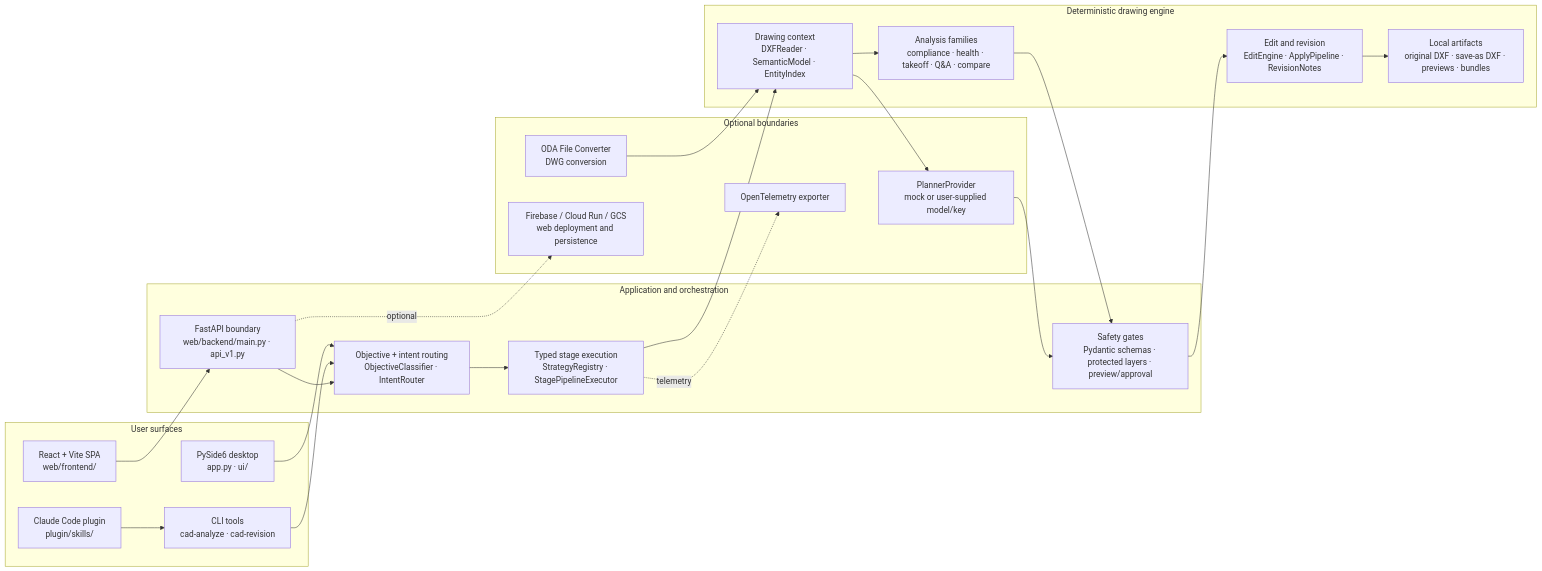
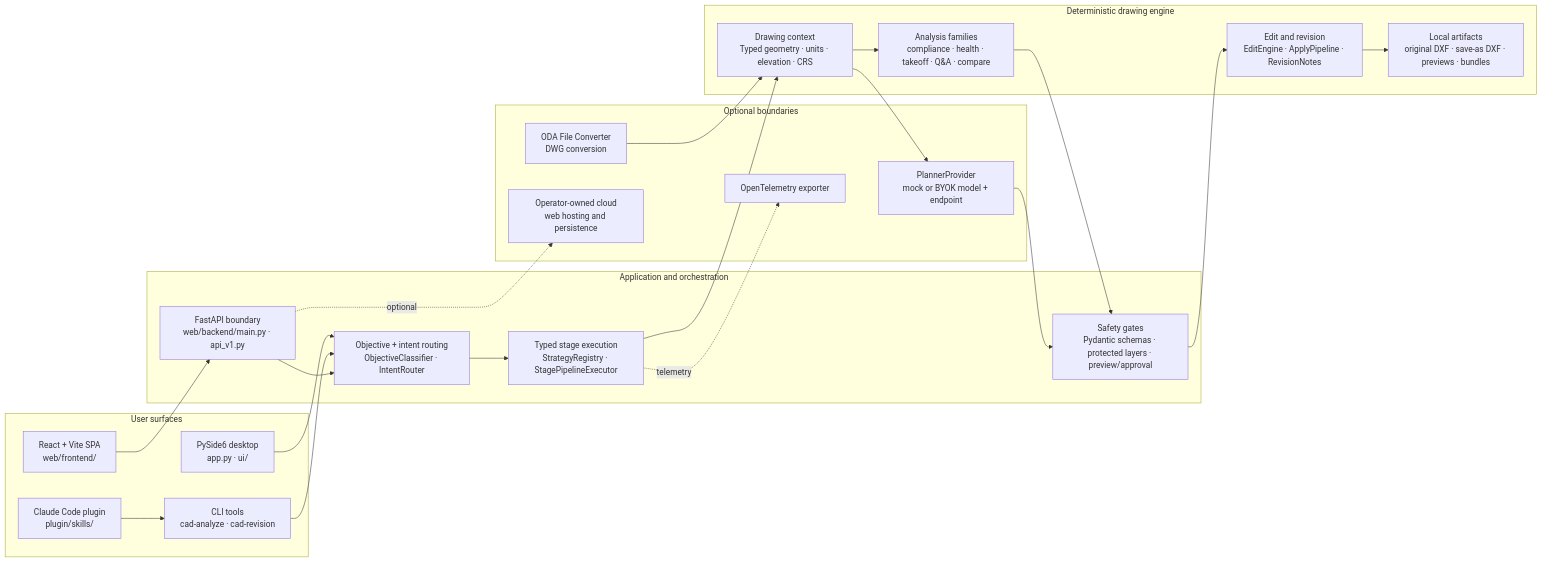
The diagram in 000-docs/079-AT-ARCH-cad-ai-agent-system-architecture.mmd (domenicopietro77-source/cad-ai-agent), drawn with Mermaid before and after one commit. The commit also changed 1 other file, not shown here.

Commit message:
docs: refresh CAD architecture demo (#227)

```diff
--- a/000-docs/079-AT-ARCH-cad-ai-agent-system-architecture.mmd
+++ b/000-docs/079-AT-ARCH-cad-ai-agent-system-architecture.mmd
@@ -1,45 +1,45 @@
 %% Canonical Mermaid source for the public CAD AI Agent architecture page.
 flowchart LR
   subgraph SURFACES["User surfaces"]
     DESKTOP["PySide6 desktop\napp.py · ui/"]
     CLI["CLI tools\ncad-analyze · cad-revision"]
     WEB["React + Vite SPA\nweb/frontend/"]
     PLUGIN["Claude Code plugin\nplugin/skills/"]
   end
 
   subgraph ORCHESTRATION["Application and orchestration"]
     API["FastAPI boundary\nweb/backend/main.py · api_v1.py"]
     ROUTER["Objective + intent routing\nObjectiveClassifier · IntentRouter"]
     PIPELINE["Typed stage execution\nStrategyRegistry · StagePipelineExecutor"]
     GUARDS["Safety gates\nPydantic schemas · protected layers · preview/approval"]
   end
 
   subgraph ENGINE["Deterministic drawing engine"]
-    CONTEXT["Drawing context\nDXFReader · SemanticModel · EntityIndex"]
+    CONTEXT["Drawing context\nTyped geometry · units · elevation · CRS"]
     ANALYSIS["Analysis families\ncompliance · health · takeoff · Q&A · compare"]
     EDIT["Edit and revision\nEditEngine · ApplyPipeline · RevisionNotes"]
     FILES["Local artifacts\noriginal DXF · save-as DXF · previews · bundles"]
   end
 
   subgraph OPTIONAL["Optional boundaries"]
-    LLM["PlannerProvider\nmock or user-supplied model/key"]
+    LLM["PlannerProvider\nmock or BYOK model + endpoint"]
     ODA["ODA File Converter\nDWG conversion"]
-    CLOUD["Firebase / Cloud Run / GCS\nweb deployment and persistence"]
+    CLOUD["Operator-owned cloud\nweb hosting and persistence"]
     OTEL["OpenTelemetry exporter"]
   end
 
   DESKTOP --> ROUTER
   CLI --> ROUTER
   WEB --> API --> ROUTER
   PLUGIN --> CLI
   ROUTER --> PIPELINE
   PIPELINE --> CONTEXT
   CONTEXT --> ANALYSIS
   CONTEXT --> LLM
   LLM --> GUARDS
   ANALYSIS --> GUARDS
   GUARDS --> EDIT
   EDIT --> FILES
   ODA --> CONTEXT
   API -. optional .-> CLOUD
   PIPELINE -. telemetry .-> OTEL
```
